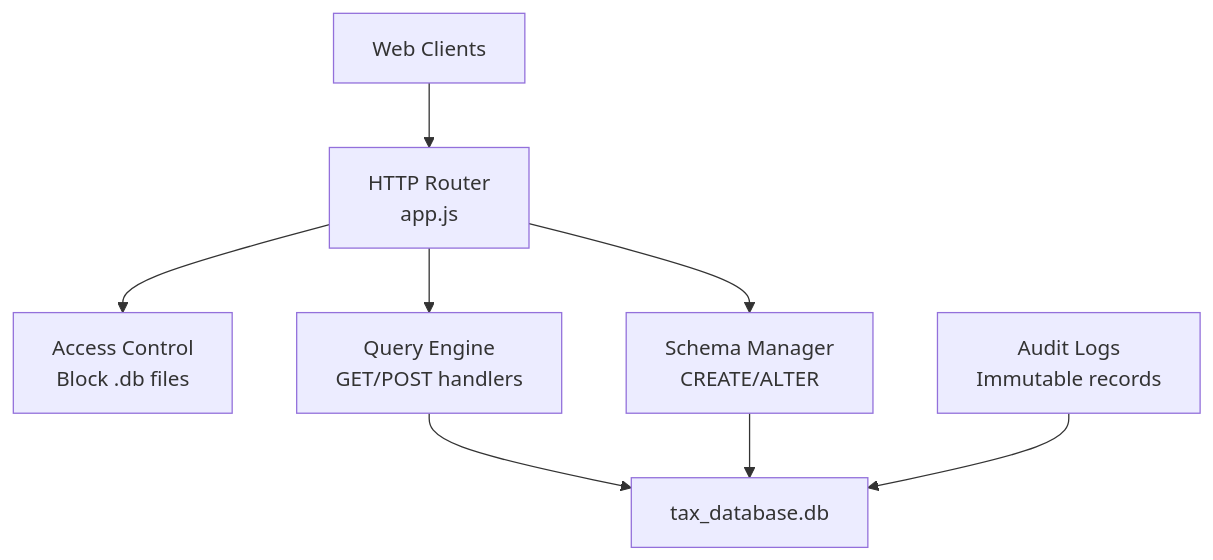
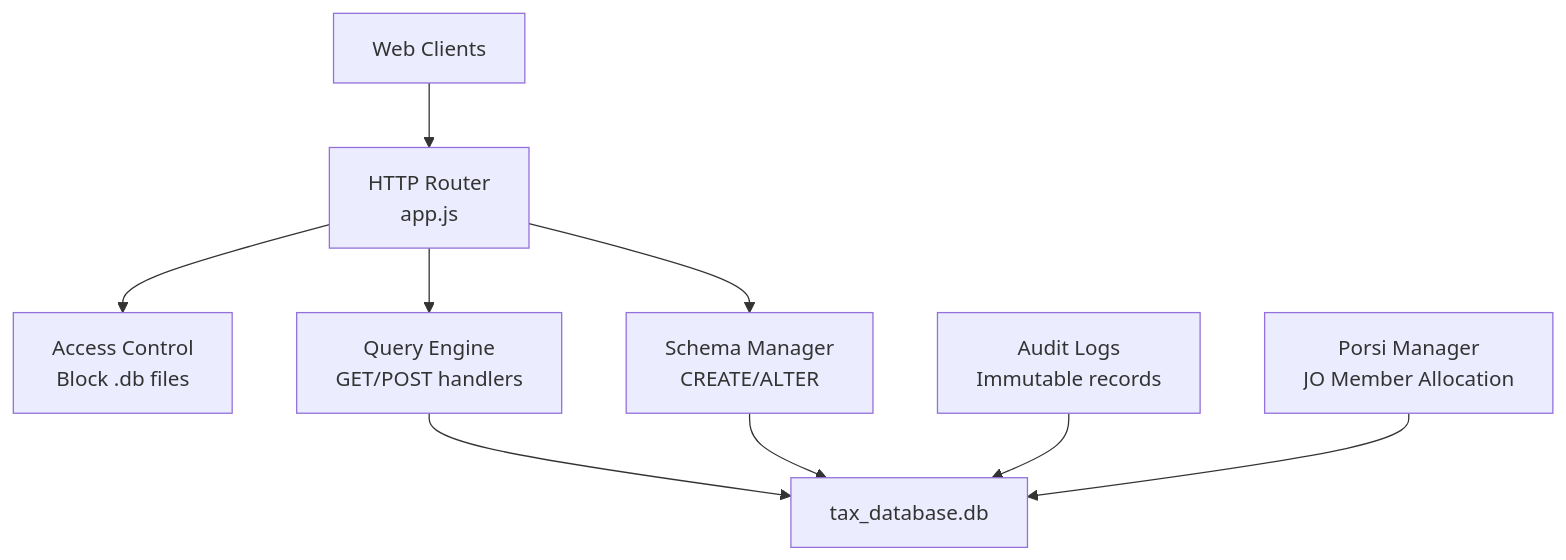
One commit to rendisiagian/TDS_by_RENDISIAGIAN changed the second of 6 diagrams in .qoder/repowiki/en/content/Database Schema & Management.md. Above: the diagram before and after it, drawn with Mermaid. The commit also changed other lines of this file and 91 other files, not shown here.

First line of the commit message:
feat(vat): implement invoice cancellation and JO member allocation system

````diff
--- a/.qoder/repowiki/en/content/Database Schema & Management.md
+++ b/.qoder/repowiki/en/content/Database Schema & Management.md
@@ -78,17 +85,19 @@
 ```mermaid
 graph TB
 CLIENT["Web Clients"]
 ROUTER["HTTP Router<br/>app.js"]
 AUTH["Access Control<br/>Block .db files"]
 SCHEMA["Schema Manager<br/>CREATE/ALTER"]
 QUERIES["Query Engine<br/>GET/POST handlers"]
 AUDIT["Audit Logs<br/>Immutable records"]
 DB["tax_database.db"]
+PORSI["Porsi Manager<br/>JO Member Allocation"]
 CLIENT --> ROUTER
 ROUTER --> AUTH
 ROUTER --> SCHEMA
 ROUTER --> QUERIES
 QUERIES --> DB
 SCHEMA --> DB
 AUDIT --> DB
+PORSI --> DB
 ```
````
